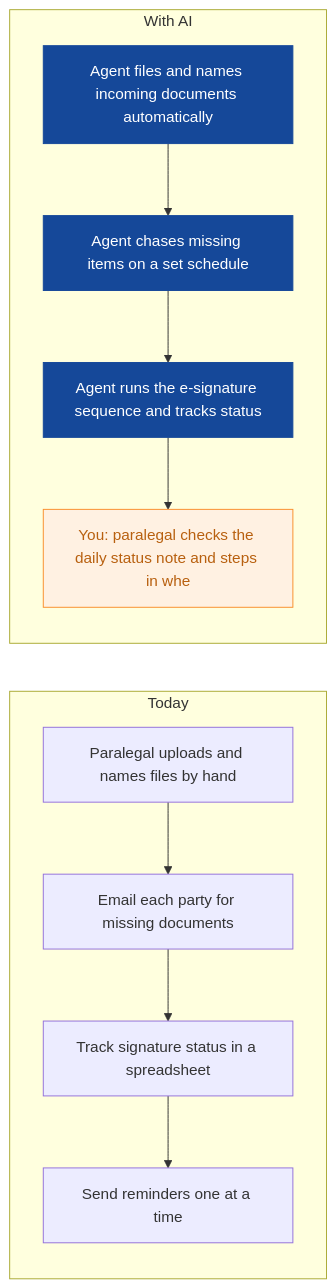
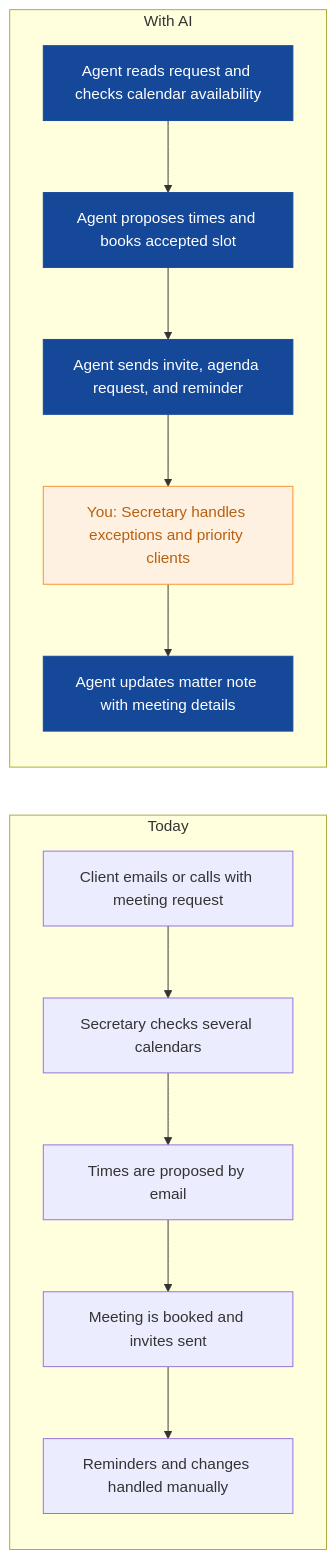
Before and after one commit to nexibeo/Complete-AI-Strategy: the seventh of 9 diagrams in strategies/lumen-legal.md, drawn with Mermaid. The commit also changed other lines of this file and 26 other files, not shown here.

````diff
--- a/strategies/lumen-legal.md
+++ b/strategies/lumen-legal.md
@@ -215,21 +227,23 @@
 ```mermaid
 flowchart LR
   subgraph Today
-    B0["Paralegal uploads and names files by hand"]
-    B1["Email each party for missing documents"]
-    B2["Track signature status in a spreadsheet"]
-    B3["Send reminders one at a time"]
-    B0 --> B1 --> B2 --> B3
+    B0["Client emails or calls with meeting request"]
+    B1["Secretary checks several calendars"]
+    B2["Times are proposed by email"]
+    B3["Meeting is booked and invites sent"]
+    B4["Reminders and changes handled manually"]
+    B0 --> B1 --> B2 --> B3 --> B4
   end
   subgraph WithAI[With AI]
-    A0["Agent files and names incoming documents automatically"]
-    A1["Agent chases missing items on a set schedule"]
-    A2["Agent runs the e-signature sequence and tracks status"]
-    A3["You: paralegal checks the daily status note and steps in whe"]
-    A0 --> A1 --> A2 --> A3
+    A0["Agent reads request and checks calendar availability"]
+    A1["Agent proposes times and books accepted slot"]
+    A2["Agent sends invite, agenda request, and reminder"]
+    A3["You: Secretary handles exceptions and priority clients"]
+    A4["Agent updates matter note with meeting details"]
+    A0 --> A1 --> A2 --> A3 --> A4
   end
   classDef ai fill:#154899,color:#fff,stroke:#154899
   classDef human fill:#FFF1E2,color:#B8600F,stroke:#F98F2C
-  class A0,A1,A2 ai
+  class A0,A1,A2,A4 ai
   class A3 human
 ```
````
